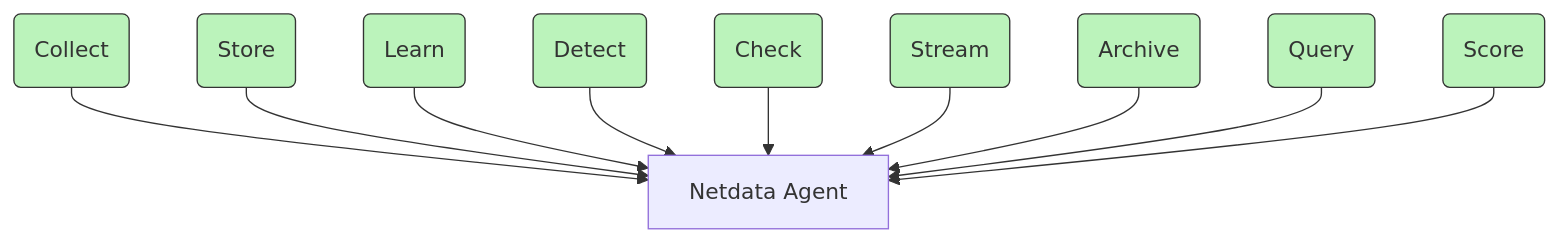
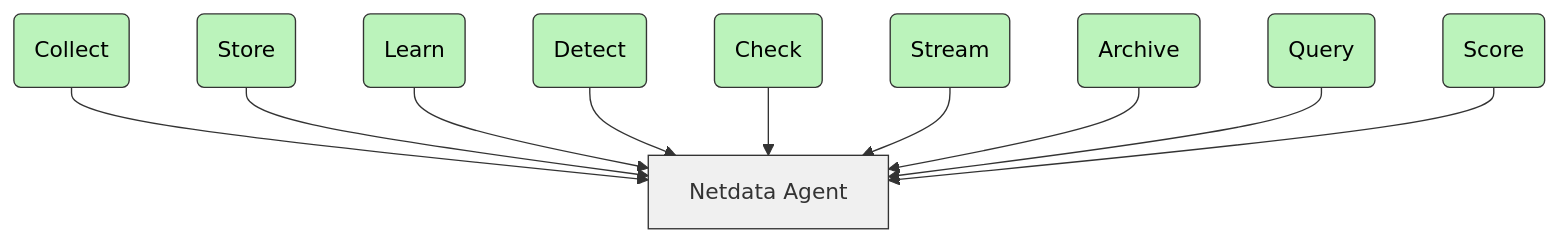
The diagram in README.md (netdata/netdata), drawn with Mermaid before and after one commit. The commit also changed other lines of this file, not shown here.

Commit message:
Update Netdata README with improved structure (#20265)

````diff
--- a/README.md
+++ b/README.md
@@ -204,15 +225,16 @@
 ```mermaid
 flowchart TB
-  A[Netdata Agent]
+  A[Netdata Agent]:::mainNode
   A1(Collect):::green --> A
   A2(Store):::green --> A
   A3(Learn):::green --> A
   A4(Detect):::green --> A
   A5(Check):::green --> A
   A6(Stream):::green --> A
   A7(Archive):::green --> A
   A8(Query):::green --> A
   A9(Score):::green --> A
 
-  classDef green fill:#bbf3bb,stroke:#333,stroke-width:1px
-  ```
+  classDef green fill:#bbf3bb,stroke:#333,stroke-width:1px,color:#000
+  classDef mainNode fill:#f0f0f0,stroke:#333,stroke-width:1px,color:#333
+```
````
